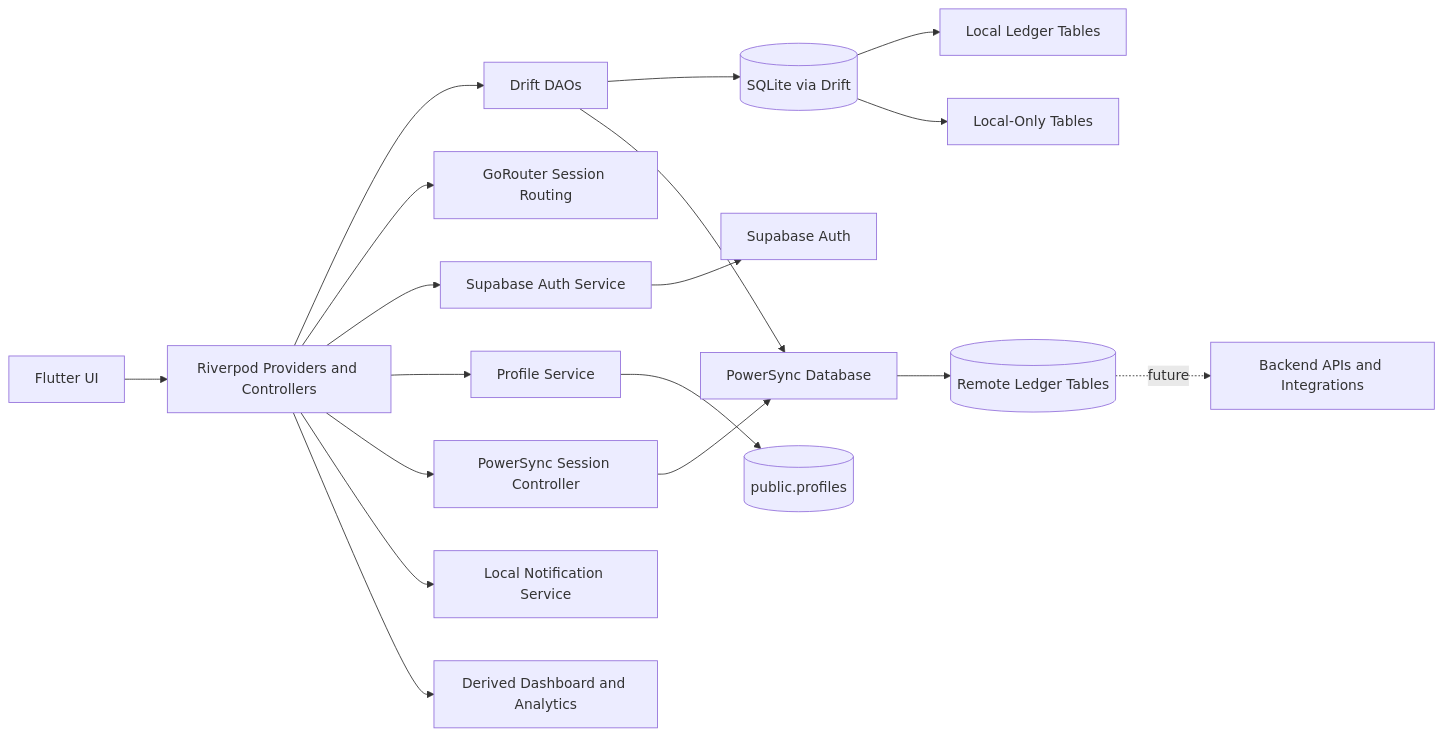
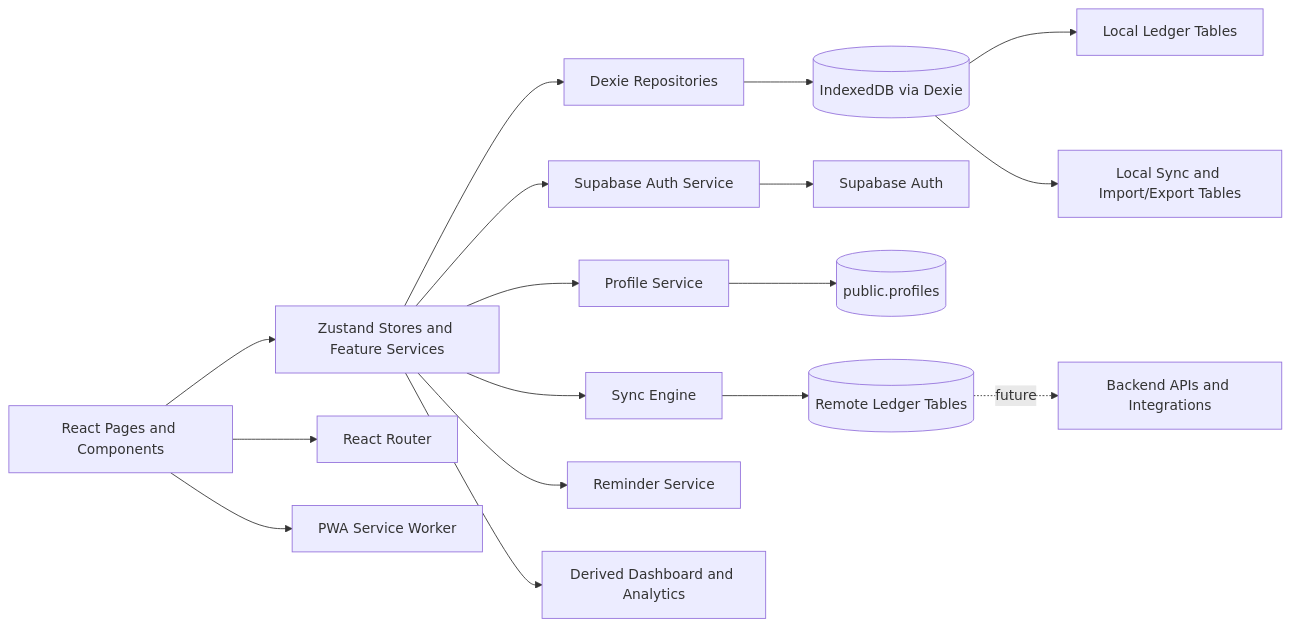
Before and after one commit to MbahLesky/Fin-Ledger-by-Lespa---Web: the diagram in docs/component_diagram.md, drawn with Mermaid. The commit also changed other lines of this file and 22856 other files, not shown here.

````diff
--- a/docs/component_diagram.md
+++ b/docs/component_diagram.md
@@ -117,21 +112,19 @@
 ```mermaid
 flowchart LR
-    UI[Flutter UI] --> RP[Riverpod Providers and Controllers]
-    RP --> DAO[Drift DAOs]
-    DAO --> DB[(SQLite via Drift)]
-    RP --> ROUTER[GoRouter Session Routing]
-    RP --> AUTH[Supabase Auth Service]
-    RP --> PROFILE[Profile Service]
-    RP --> PSCTRL[PowerSync Session Controller]
+    UI[React Pages and Components] --> STORE[Zustand Stores and Feature Services]
+    UI --> ROUTER[React Router]
+    STORE --> REPO[Dexie Repositories]
+    REPO --> DB[(IndexedDB via Dexie)]
+    STORE --> AUTH[Supabase Auth Service]
+    STORE --> PROFILE[Profile Service]
+    STORE --> SYNC[Sync Engine]
     AUTH --> SA[Supabase Auth]
     PROFILE --> SP[(public.profiles)]
-    RP --> NOTIF[Local Notification Service]
-
-    DAO --> PSDB[PowerSync Database]
-    PSCTRL --> PSDB
-    PSDB --> REMOTE[(Remote Ledger Tables)]
+    SYNC --> REMOTE[(Remote Ledger Tables)]
+    UI --> SW[PWA Service Worker]
+    STORE --> REMINDER[Reminder Service]
     DB --> LEDGER[Local Ledger Tables]
-    DB --> LOCALONLY[Local-Only Tables]
-    RP --> DERIVED[Derived Dashboard and Analytics]
+    DB --> OPS[Local Sync and Import/Export Tables]
+    STORE --> DERIVED[Derived Dashboard and Analytics]
     REMOTE -. future .-> API[Backend APIs and Integrations]
 ```
````
